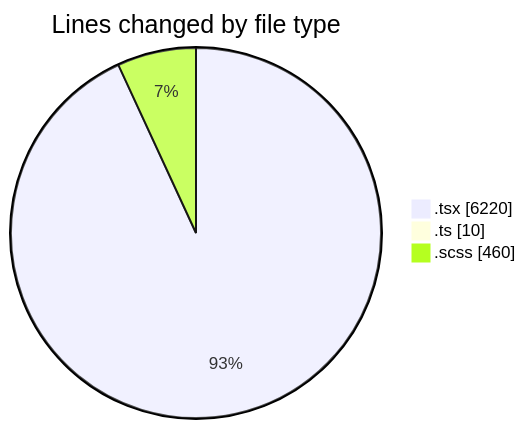
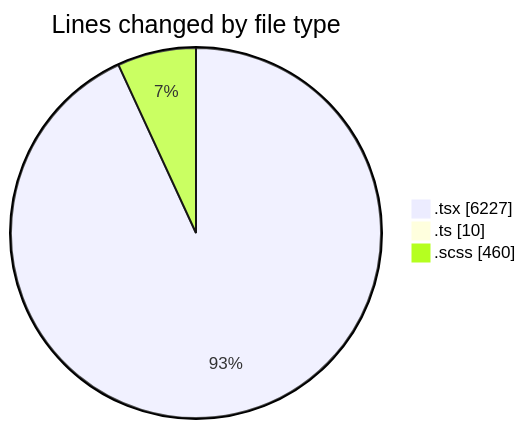
Before and after one commit to momahboobian/code-tracking: the first of 2 diagrams in 2025-11-17/cda/README.md, drawn with Mermaid. The commit also changed other lines of this file and 1 other file, not shown here.

````diff
--- a/2025-11-17/cda/README.md
+++ b/2025-11-17/cda/README.md
@@ -31,7 +31,7 @@
 ```mermaid
 pie showData
 title Lines changed by file type
-".tsx" : 6220
+".tsx" : 6227
 ".ts" : 10
 ".scss" : 460
 ```
````
